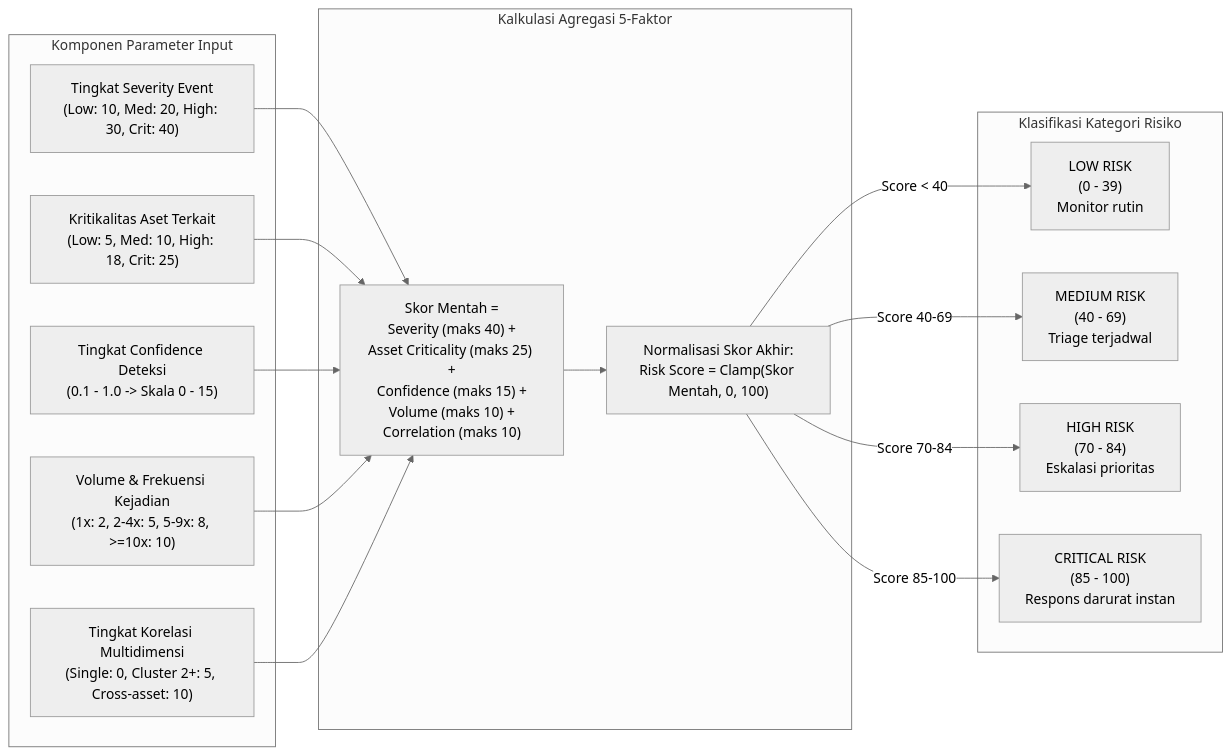
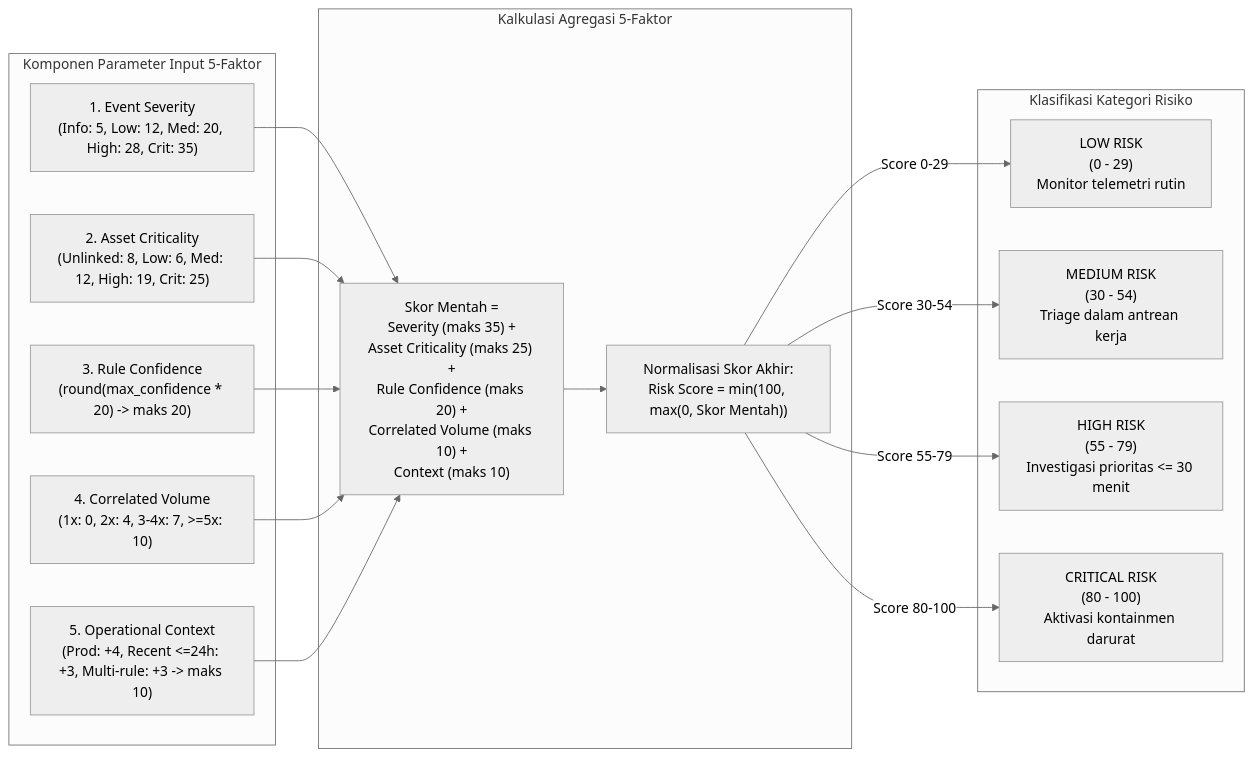
One commit to Maverick-list/satria-sentinel changed the diagram in docs/diagrams/risk-scoring-flow.md. Above: the diagram before and after it, drawn with Mermaid (neutral theme). The commit also changed other lines of this file and 11 other files, not shown here.

````diff
--- a/docs/diagrams/risk-scoring-flow.md
+++ b/docs/diagrams/risk-scoring-flow.md
@@ -5,35 +5,35 @@
 ```mermaid
 flowchart LR
-    subgraph Inputs["Komponen Parameter Input"]
-        Sev["Tingkat Severity Event<br/>(Low: 10, Med: 20, High: 30, Crit: 40)"]
-        Crit["Kritikalitas Aset Terkait<br/>(Low: 5, Med: 10, High: 18, Crit: 25)"]
-        Conf["Tingkat Confidence Deteksi<br/>(0.1 - 1.0 -> Skala 0 - 15)"]
-        Vol["Volume & Frekuensi Kejadian<br/>(1x: 2, 2-4x: 5, 5-9x: 8, >=10x: 10)"]
-        Corr["Tingkat Korelasi Multidimensi<br/>(Single: 0, Cluster 2+: 5, Cross-asset: 10)"]
+    subgraph Inputs["Komponen Parameter Input 5-Faktor"]
+        Sev["1. Event Severity<br/>(Info: 5, Low: 12, Med: 20, High: 28, Crit: 35)"]
+        Crit["2. Asset Criticality<br/>(Unlinked: 8, Low: 6, Med: 12, High: 19, Crit: 25)"]
+        Conf["3. Rule Confidence<br/>(round(max_confidence * 20) -> maks 20)"]
+        Vol["4. Correlated Volume<br/>(1x: 0, 2x: 4, 3-4x: 7, >=5x: 10)"]
+        Ctx["5. Operational Context<br/>(Prod: +4, Recent <=24h: +3, Multi-rule: +3 -> maks 10)"]
     end
 
     subgraph Formula["Kalkulasi Agregasi 5-Faktor"]
-        SumCalc["Skor Mentah =<br/>Severity (maks 40) +<br/>Asset Criticality (maks 25) +<br/>Confidence (maks 15) +<br/>Volume (maks 10) +<br/>Correlation (maks 10)"]
-        ClampCalc["Normalisasi Skor Akhir:<br/>Risk Score = Clamp(Skor Mentah, 0, 100)"]
+        SumCalc["Skor Mentah =<br/>Severity (maks 35) +<br/>Asset Criticality (maks 25) +<br/>Rule Confidence (maks 20) +<br/>Correlated Volume (maks 10) +<br/>Context (maks 10)"]
+        ClampCalc["Normalisasi Skor Akhir:<br/>Risk Score = min(100, max(0, Skor Mentah))"]
     end
 
     subgraph LevelTiers["Klasifikasi Kategori Risiko"]
-        L_Low["LOW RISK<br/>(0 - 39)<br/>Monitor rutin"]
-        L_Med["MEDIUM RISK<br/>(40 - 69)<br/>Triage terjadwal"]
-        L_High["HIGH RISK<br/>(70 - 84)<br/>Eskalasi prioritas"]
-        L_Crit["CRITICAL RISK<br/>(85 - 100)<br/>Respons darurat instan"]
+        L_Low["LOW RISK<br/>(0 - 29)<br/>Monitor telemetri rutin"]
+        L_Med["MEDIUM RISK<br/>(30 - 54)<br/>Triage dalam antrean kerja"]
+        L_High["HIGH RISK<br/>(55 - 79)<br/>Investigasi prioritas <= 30 menit"]
+        L_Crit["CRITICAL RISK<br/>(80 - 100)<br/>Aktivasi kontainmen darurat"]
     end
 
     Sev --> SumCalc
     Crit --> SumCalc
     Conf --> SumCalc
     Vol --> SumCalc
-    Corr --> SumCalc
+    Ctx --> SumCalc
 
     SumCalc --> ClampCalc
 
-    ClampCalc -->|Score < 40| L_Low
-    ClampCalc -->|Score 40-69| L_Med
-    ClampCalc -->|Score 70-84| L_High
-    ClampCalc -->|Score 85-100| L_Crit
+    ClampCalc -->|Score 0-29| L_Low
+    ClampCalc -->|Score 30-54| L_Med
+    ClampCalc -->|Score 55-79| L_High
+    ClampCalc -->|Score 80-100| L_Crit
 ```
````
